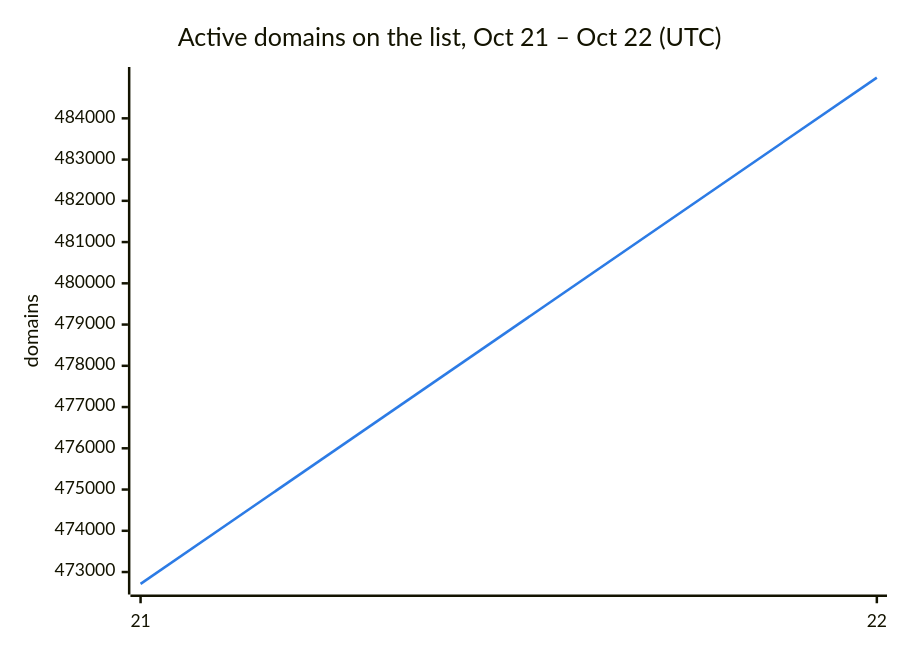
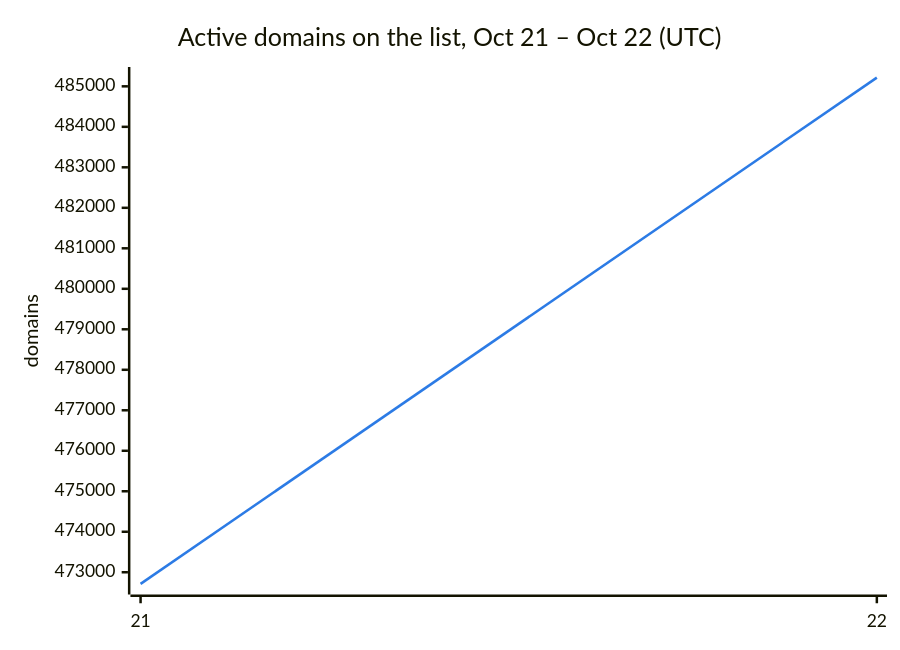
Before and after one commit to DNSBunker/CTI: the second of 3 diagrams in README.md, drawn with Mermaid. The commit also changed other lines of this file and 3 other files, not shown here.

````diff
--- a/README.md
+++ b/README.md
@@ -38,8 +38,8 @@
 ```mermaid
 %%{init: {"themeVariables": {"xyChart": {"plotColorPalette": "#2c7be5"}}}}%%
 xychart-beta
     title "Active domains on the list, Oct 21 – Oct 22 (UTC)"
     x-axis ["21", "22"]
     y-axis "domains"
-    line [472713, 484987]
+    line [472713, 485215]
 ```
````
